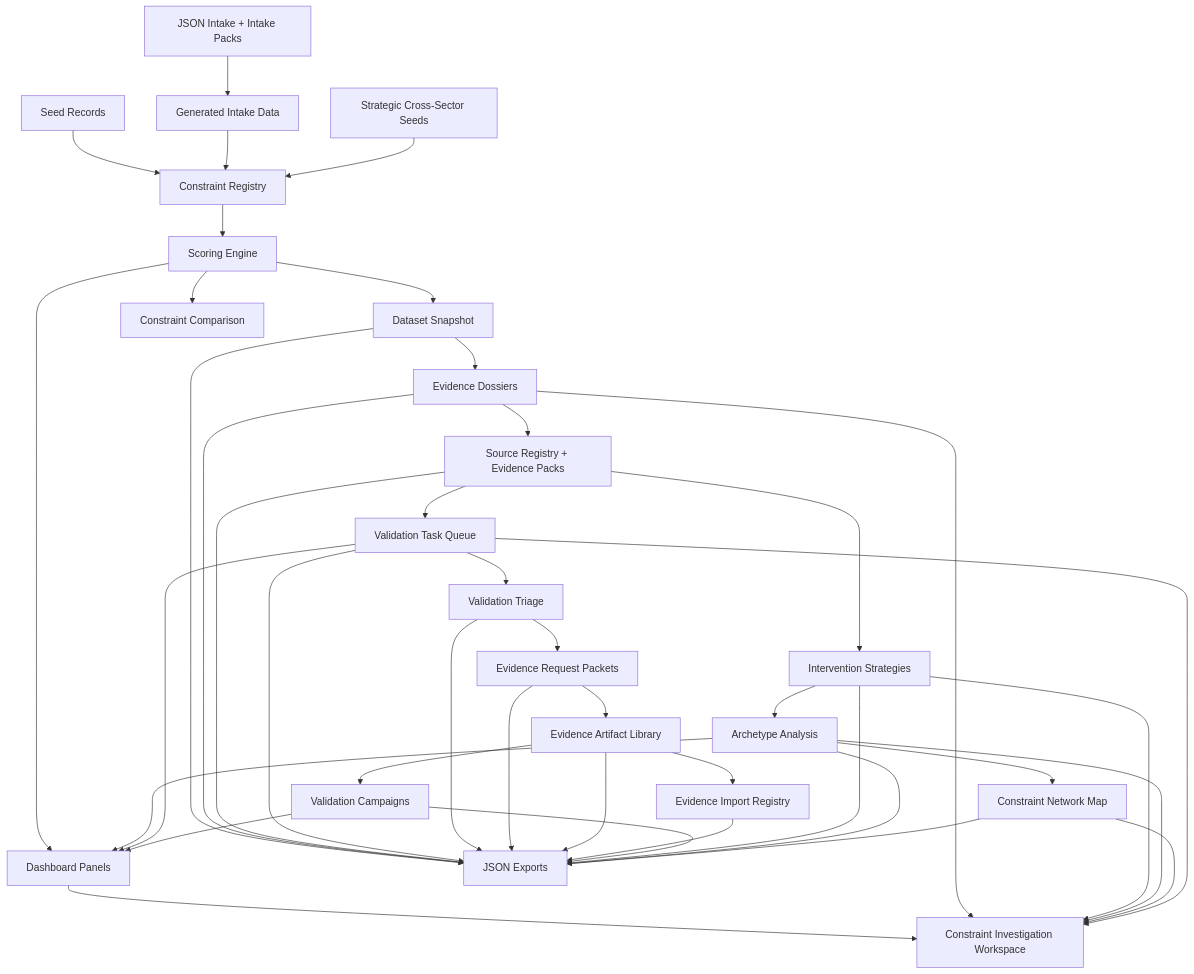
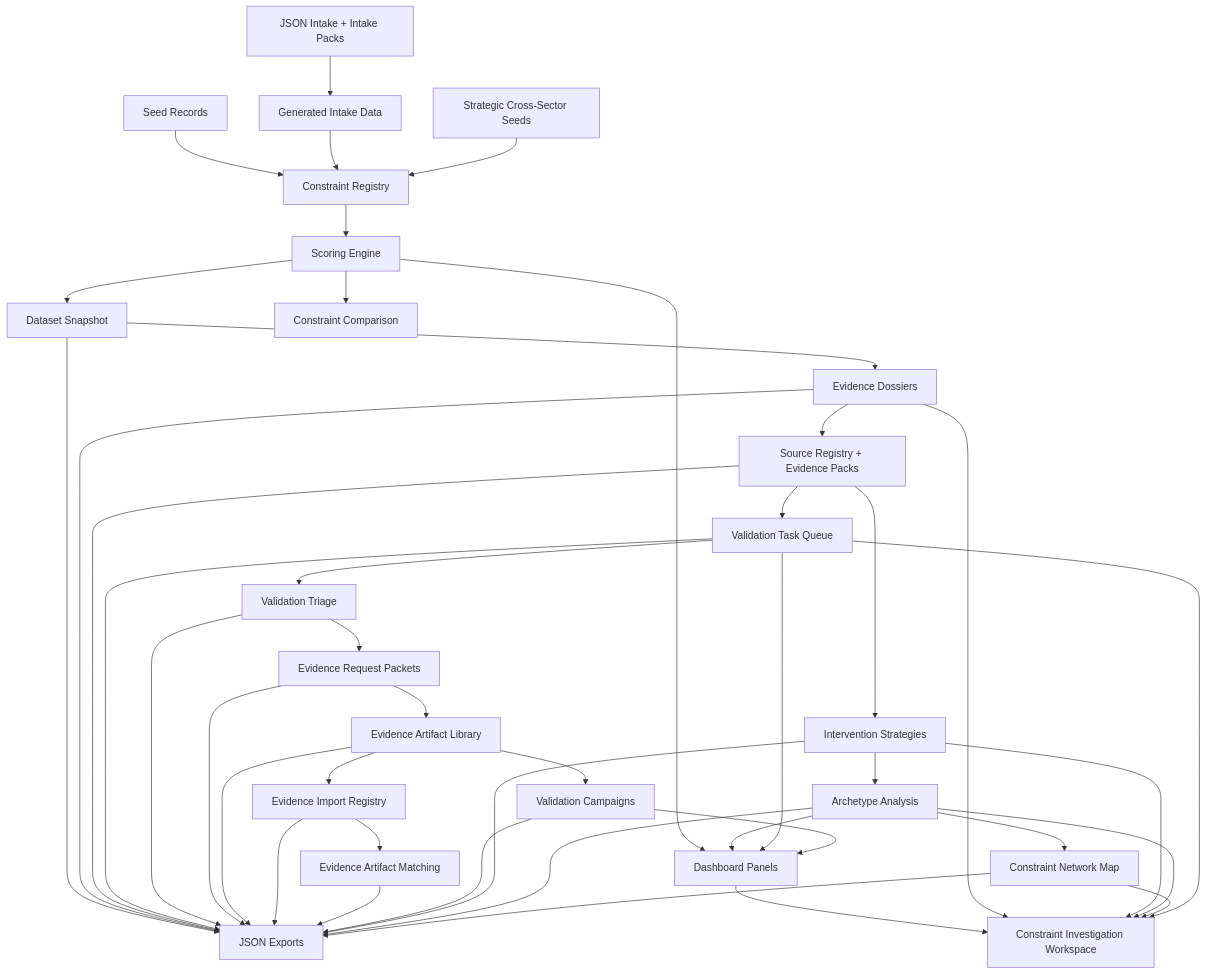
The second of 2 diagrams in README.md (EtherTabu/economic-x-ray-vision), drawn with Mermaid before and after one commit. The commit also changed other lines of this file and 11 other files, not shown here.

Commit message:
Add evidence artifact matching workspace

````diff
--- a/README.md
+++ b/README.md
@@ -153,43 +159,45 @@
 ```mermaid
 flowchart TD
   A["Seed Records"] --> C["Constraint Registry"]
   B["JSON Intake + Intake Packs"] --> D["Generated Intake Data"]
   D --> C
   E["Strategic Cross-Sector Seeds"] --> C
   C --> F["Scoring Engine"]
   F --> G["Dataset Snapshot"]
   G --> H["Evidence Dossiers"]
   H --> O["Source Registry + Evidence Packs"]
   O --> P["Validation Task Queue"]
   P --> Q["Validation Triage"]
   Q --> R["Evidence Request Packets"]
   R --> U["Evidence Artifact Library"]
   U --> V["Evidence Import Registry"]
+  V --> W["Evidence Artifact Matching"]
   U --> S["Validation Campaigns"]
   O --> I["Intervention Strategies"]
   I --> J["Archetype Analysis"]
   J --> N["Constraint Network Map"]
   F --> T["Constraint Comparison"]
   F --> K["Dashboard Panels"]
   K --> M["Constraint Investigation Workspace"]
   H --> M
   I --> M
   J --> M
   N --> M
   P --> M
   G --> L["JSON Exports"]
   H --> L
   O --> L
   P --> L
   Q --> L
   R --> L
   U --> L
   V --> L
+  W --> L
   S --> L
   I --> L
   J --> L
   N --> L
   J --> K
   P --> K
   S --> K
 ```
````
